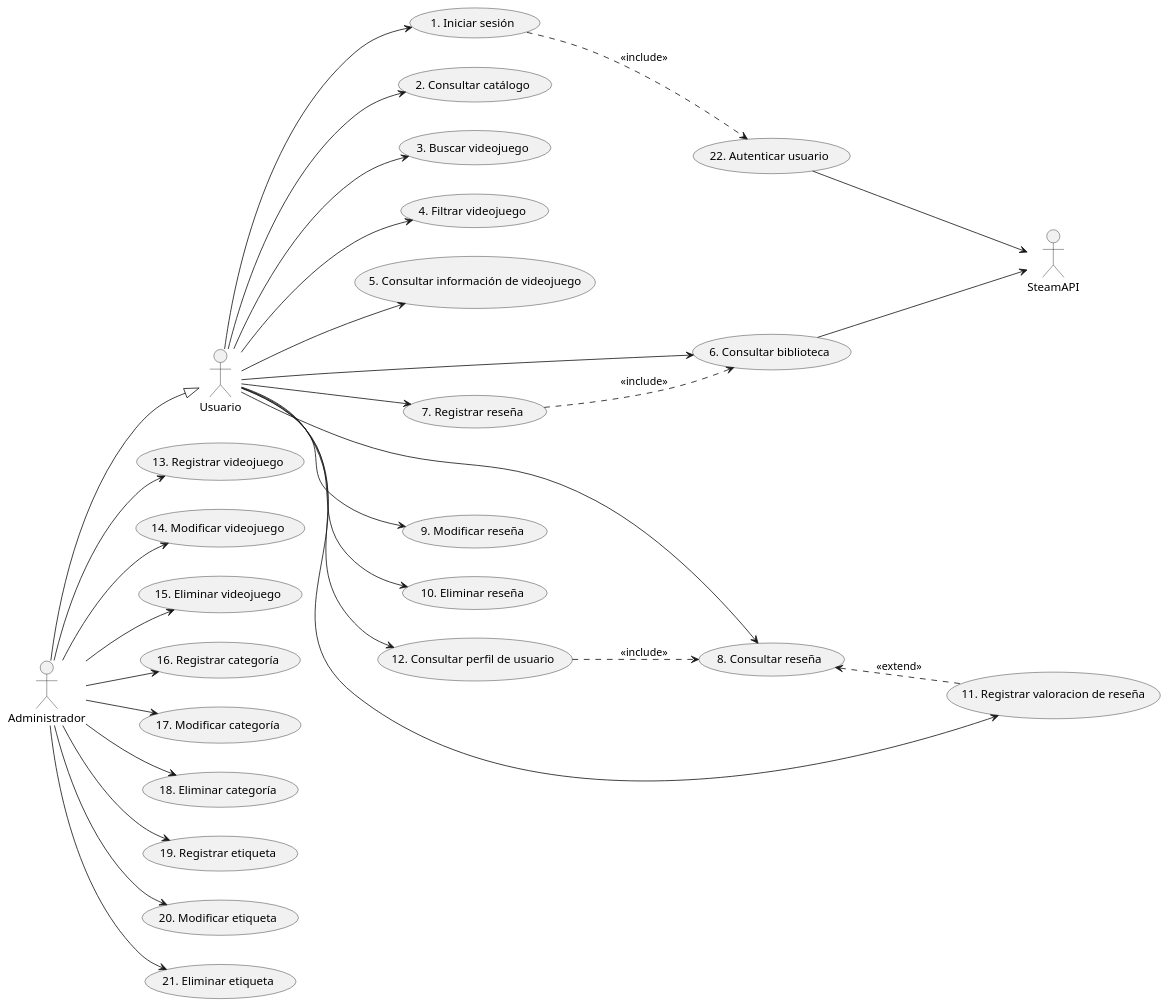
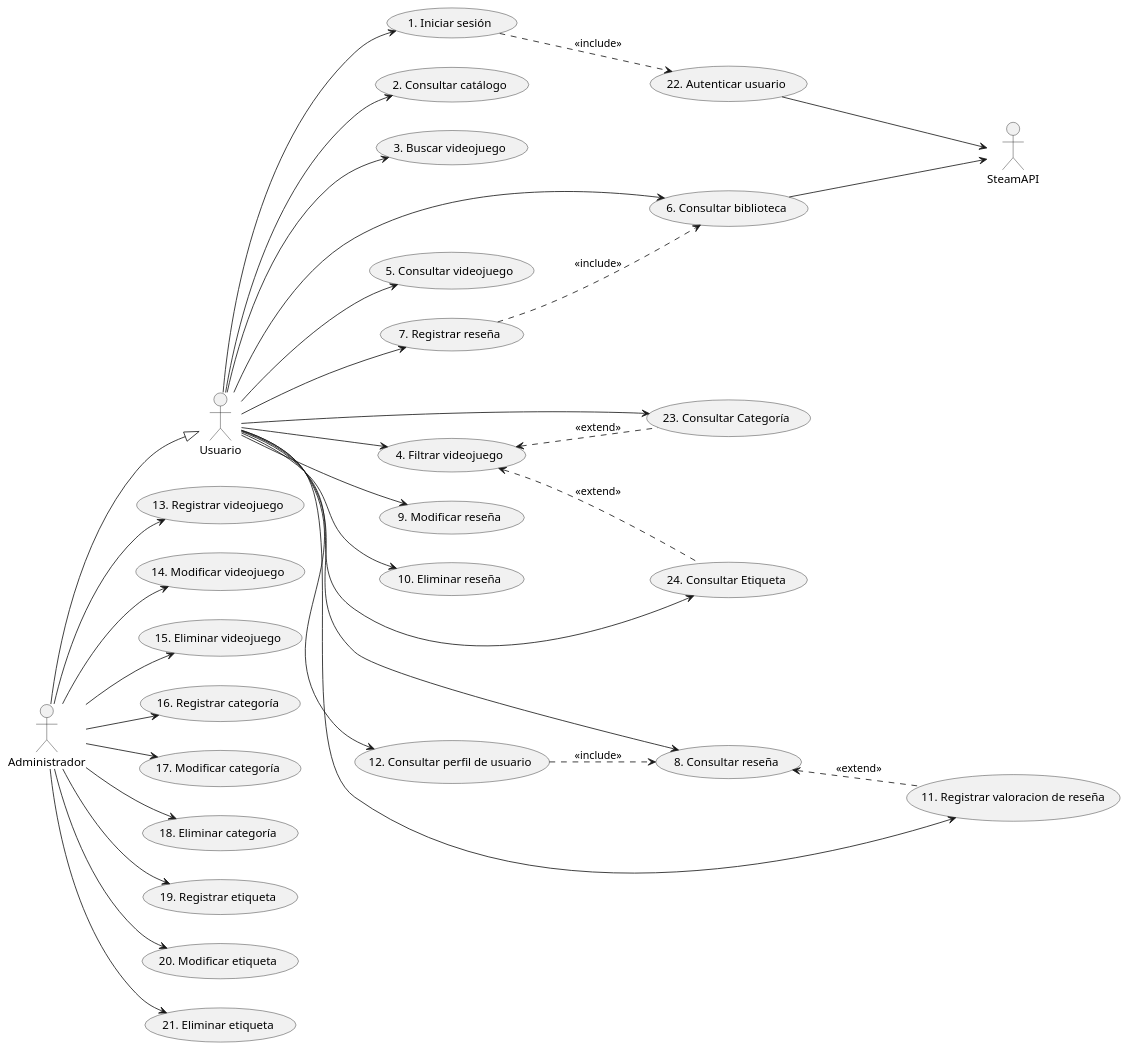
The diagram in Diagramas/DiagramaDeCU.plantuml (ScursatoneGino16/SeminarioIntegrador2026), drawn with PlantUML before and after one commit. The commit also changed 3 other files, not shown here.

First line of the commit message:
Diagrama de Funcionalidad y Cambios a Diagrama de CU

```diff
--- a/Diagramas/DiagramaDeCU.plantuml
+++ b/Diagramas/DiagramaDeCU.plantuml
@@ -1,61 +1,67 @@
 @startuml Casos de Uso Seminario
 
 left to right direction
 
 actor "Usuario" as Usuario
 actor "Administrador" as Admin
 actor "SteamAPI" as Steam 
 
 usecase "1. Iniciar sesión" as CU1
 usecase "2. Consultar catálogo" as CU2
 usecase "3. Buscar videojuego" as CU3
 usecase "4. Filtrar videojuego" as CU4
-usecase "5. Consultar información de videojuego" as CU5
+usecase "5. Consultar videojuego" as CU5
 usecase "6. Consultar biblioteca" as CU6
 usecase "7. Registrar reseña" as CU7
 usecase "8. Consultar reseña" as CU8
 usecase "9. Modificar reseña" as CU9
 usecase "10. Eliminar reseña" as CU10
 usecase "11. Registrar valoracion de reseña" as CU11
 usecase "12. Consultar perfil de usuario" as CU12
 usecase "13. Registrar videojuego" as CU13
 usecase "14. Modificar videojuego" as CU14
 usecase "15. Eliminar videojuego" as CU15
 usecase "16. Registrar categoría" as CU16
 usecase "17. Modificar categoría" as CU17
 usecase "18. Eliminar categoría" as CU18
 usecase "19. Registrar etiqueta" as CU19
 usecase "20. Modificar etiqueta" as CU20
 usecase "21. Eliminar etiqueta" as CU21
 usecase "22. Autenticar usuario" as CU22
+usecase "23. Consultar Categoría" as CU23
+usecase "24. Consultar Etiqueta" as CU24
 
 
 Usuario --> CU1
 Usuario --> CU2
 Usuario --> CU3
 Usuario --> CU4
 Usuario --> CU5
 Usuario --> CU6
 Usuario --> CU7
 Usuario --> CU8
 Usuario --> CU9
 Usuario --> CU10
 Usuario --> CU11
 Usuario --> CU12
+Usuario --> CU23
+Usuario --> CU24
 Admin --> CU13
 Admin --> CU14
 Admin --> CU15
 Admin --> CU16
 Admin --> CU17
 Admin --> CU18
 Admin --> CU19
 Admin --> CU20
 Admin --> CU21
 CU22--> Steam
 CU6 --> Steam
 Admin --|> Usuario
 CU1 ..> CU22 : <<include>>
 CU7 ..> CU6 : <<include>>
 CU12 ..> CU8: <<include>>
 CU8 <.. CU11: <<extend>>
+CU4 <.. CU23: <<extend>>
+CU4 <.. CU24: <<extend>>
 @enduml
```
